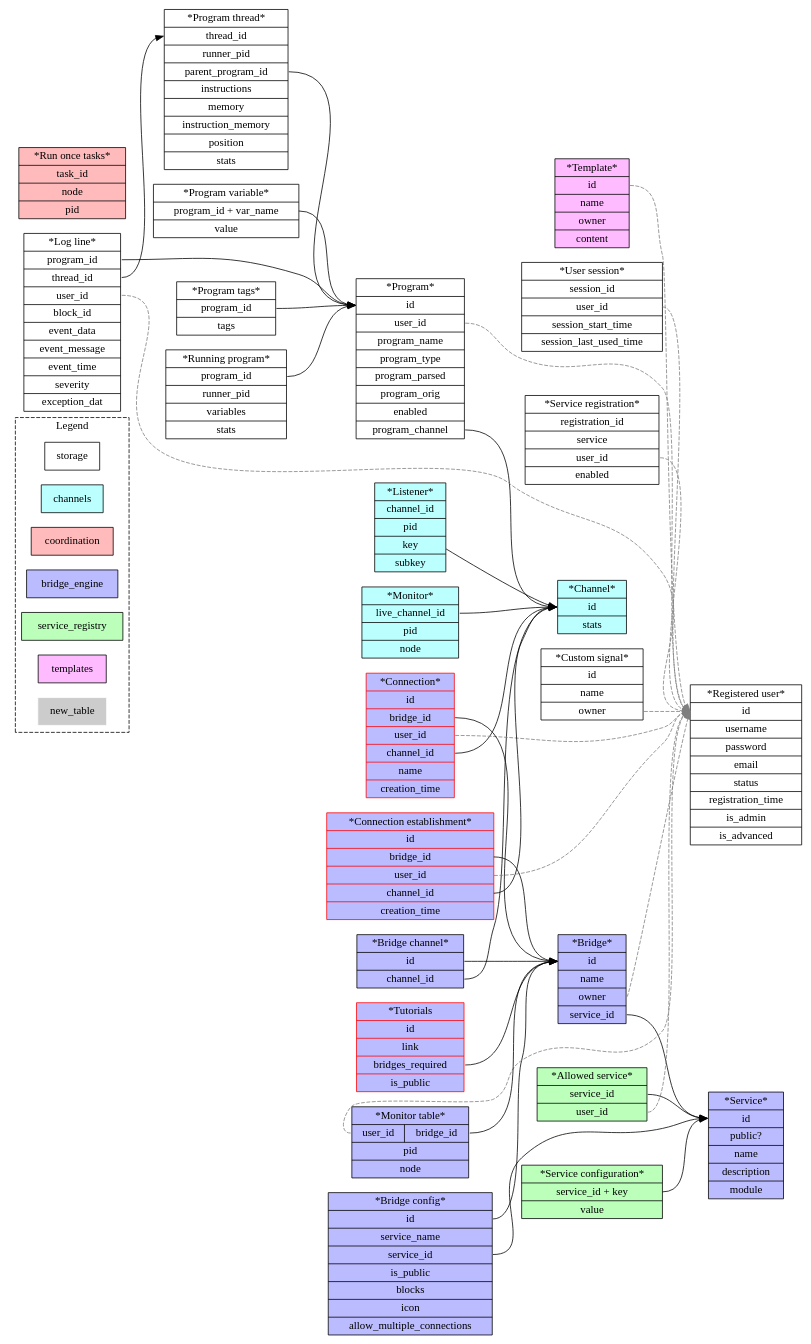
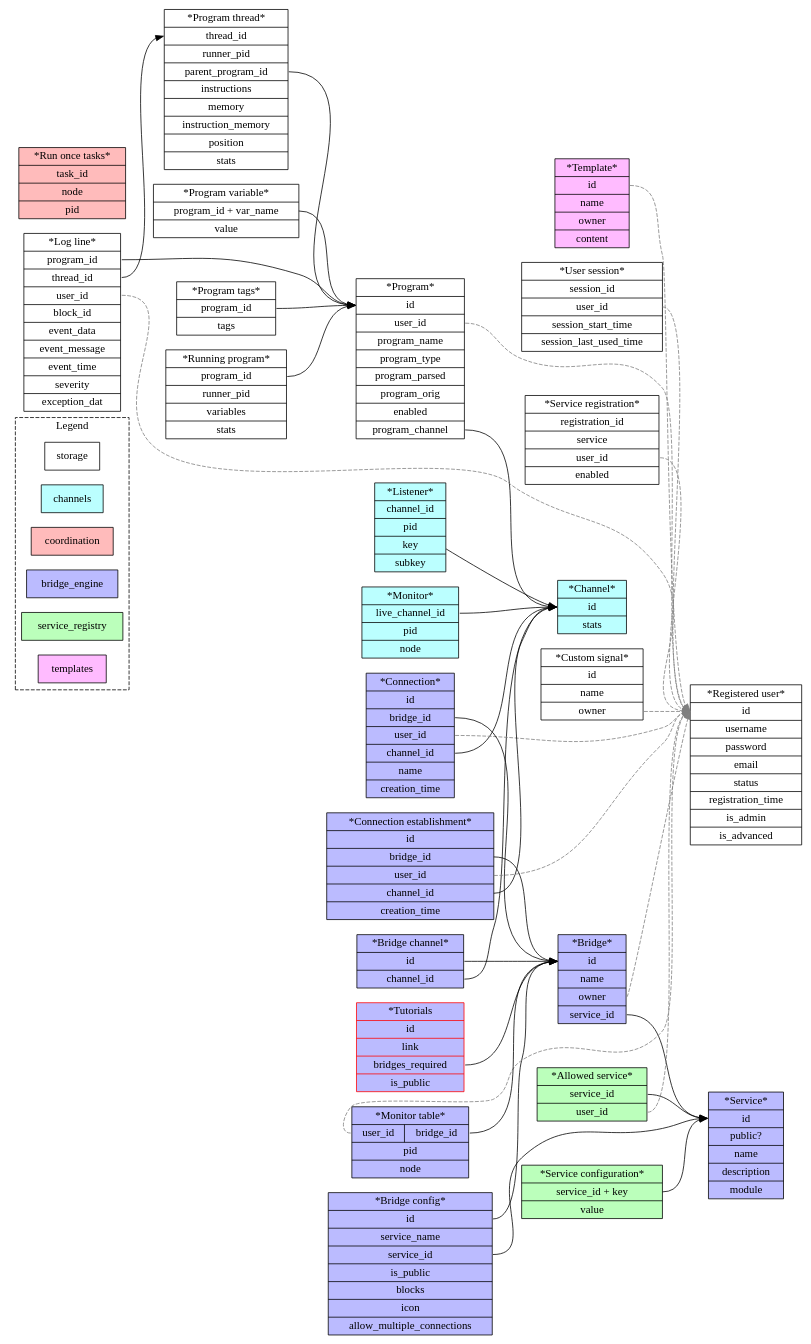
One commit to programaker-project/Programaker-Core changed the diagram in docs/diagrams/db-model.gv. Above: the diagram before and after it, drawn with Graphviz.

Commit message:
Update DB model.

```diff
--- a/docs/diagrams/db-model.gv
+++ b/docs/diagrams/db-model.gv
@@ -1,168 +1,164 @@
 digraph g {
   rankdir=LR
   node[shape=record];
   style=dashed;
 
   subgraph cluster_legend {
     label="Legend"
 
     storage;
     channels[style=filled,fillcolor="#bbffff"];
     coordination[style=filled,fillcolor="#ffbbbb"]
     bridge_engine[style=filled,fillcolor="#bbbbff"];
     service_registry[style=filled,fillcolor="#bbffbb"]
     templates[style=filled,fillcolor="#ffbbff"]
-
-    new_table[style=filled,fillcolor="#cccccc",color=white]
-    // modified_table[shape=octagon] // Not used
   }
 
 
   subgraph group_core_channels {
     label="Channels";
     node[style=filled,fillcolor="#bbffff"];
 
 
     // LIVE_CHANNELS_TABLE | automate_channel_engine_live_channels_table
     live_channels_table_entry[label="*Channel* | <pk> id | stats"];
 
     // LISTENERS_TABLE | automate_channel_engine_listeners_table
     listeners_table_entry[label="*Listener*| <f0> channel_id | pid | key | subkey"];
     listeners_table_entry -> live_channels_table_entry:pk;
 
     // MONITORS_TABLE | automate_channel_engine_monitors_table
     monitors_table_entry[label="*Monitor* | <f0> live_channel_id | pid | node"];
     monitors_table_entry:f0 -> live_channels_table_entry:pk;
   }
 
   subgraph group_core_storage {
     label="Storage";
 
     // REGISTERED_USERS_TABLE | automate_registered_users
     registered_user_entry[label="*Registered user* | <pk> id | username | password | email | status | registration_time | is_admin | is_advanced"];
 
     // USER_SESSIONS_TABLE | automate_user_sessions
     user_session_entry[label="*User session* | <pk> session_id | <f0> user_id | session_start_time | session_last_used_time"];
     user_session_entry:f0 -> registered_user_entry:pk[style=dashed,color="#7f7f7f"];
 
     // // USER_MONITORS_TABLE | automate_user_monitors
     // monitor_entry[label="*Monitor entry* | <pk> id | <f0> user_id | type | name | value"];
 
     // monitor_entry:f0 -> registered_user_entry:pk[style=dashed,color="#7f7f7f"];
 
     // USER_PROGRAMS_TABLE | automate_user_programs
     user_program_entry[label="*Program* | <pk> id | <f0> user_id | program_name | program_type | program_parsed | program_orig | enabled | <f1> program_channel"];
     user_program_entry:f0 -> registered_user_entry:pk[style=dashed,color="#7f7f7f"];
     user_program_entry:f1 -> live_channels_table_entry:pk;
 
     // USER_PROGRAMS_LOGS_TABLE | automate_user_program_logs
     user_program_logs_entry[label="*Log line* | <f0> program_id | <f1> thread_id | <f2> user_id | block_id | event_data | event_message | event_time | severity | exception_dat"];
     user_program_logs_entry:f0 -> user_program_entry:pk;
     user_program_logs_entry:f2 -> registered_user_entry:pk[style=dashed,color="#7f7f7f"];
 
     // PROGRAM_TAGS_TABLE | automate_program_tags
     program_tags_entry[label="*Program tags* | <f0> program_id | tags"];
     program_tags_entry:f0 -> user_program_entry:pk;
 
     // RUNNING_PROGRAMS_TABLE | automate_running_programs
     running_program_entry[label="*Running program*| <f0> program_id | runner_pid | variables | stats"];
     running_program_entry:f0 -> user_program_entry:pk;
 
     // RUNNING_THREADS_TABLE | automate_running_program_threads
     running_program_thread_entry[label="*Program thread* | <pk> thread_id | runner_pid | <f0> parent_program_id | instructions | memory | instruction_memory | position | stats"];
     user_program_logs_entry:f1 -> running_program_thread_entry:pk;
     running_program_thread_entry:f0 -> user_program_entry:pk;
 
     // REGISTERED_SERVICES_TABLE | automate_registered_services
     registered_service_entry[label="*Service registration* | <pk> registration_id | <f0> service |  <f1> user_id | enabled"];
     registered_service_entry:f1 -> registered_user_entry:pk[style=dashed,color="#7f7f7f"];
 
     // PROGRAM_VARIABLE_TABLE | automate_program_variable_table
     program_variable_table_entry[label="*Program variable* | <f0> program_id + var_name | value"];
     program_variable_table_entry:f0 -> user_program_entry:pk;  // Not sure if user program or running program
 
     // CUSTOM_SIGNALS_TABLE | automate_custom_signals_table
     custom_signal_entry[label="*Custom signal* | <pk> id | name | <f0> owner"];
     custom_signal_entry:f0 -> registered_user_entry:pk[style=dashed,color="#7f7f7f"];
   }
 
   subgraph group_coordination {
     label="Coordination";
     node[style=filled,fillcolor="#ffbbbb"];
 
     // RUN_ONCE_TASKS_TABLE | automate_coordination_run_once_tasks
     run_once_tasks_table_entry[label="*Run once tasks* | <pk> task_id | node | pid"]
   }
 
   subgraph group_bridges {
     label="Bridge engine";
 
     node[style=filled,fillcolor="#bbbbff"]
 
     // SERVICE_PORT_TABLE | automate_service_port_table
     service_port_entry[label="*Bridge* | <pk> id | name | <f0> owner | <f1> service_id"]
     service_port_entry:f0 -> registered_user_entry:pk[style=dashed,color="#7f7f7f"];
     service_port_entry:f1 -> services_table_entry:pk;
 
     // SERVICE_PORT_CONFIGURATION_TABLE | automate_service_port_configuration_table
     service_port_configuration[label="*Bridge config* | <pk> id | service_name | <f0> service_id | is_public | blocks | icon | allow_multiple_connections"]
     service_port_configuration:pk -> service_port_entry:pk;
     service_port_configuration:f0 -> services_table_entry:pk
 
 
     // SERVICE_PORT_CHANNEL_TABLE | automate_service_port_channel_table
     service_port_monitor_channel_entry[label="*Bridge channel* | <pk> id | <f0> channel_id"]
     service_port_monitor_channel_entry:pk -> service_port_entry:pk;
     service_port_monitor_channel_entry:f0 -> live_channels_table_entry:pk;
 
     // SERVICE_PORT_CHANNEL_MONITORS_TABLE | automate_service_port_channel_monitors_table
     channel_monitor_table_entry[label="*Monitor table* | {<f0> user_id|<f1> bridge_id} | pid | node"]
     channel_monitor_table_entry:f0 -> registered_user_entry:pk[style=dashed,color="#7f7f7f"];
     channel_monitor_table_entry:f1 -> service_port_entry:pk
 
 
-    connection_entry[color=red,
+    connection_entry[
                      label="*Connection* | <pk> id | <f0> bridge_id | <f1> user_id | <f2> channel_id | name | creation_time"]
     connection_entry:f0 -> service_port_entry:pk
     connection_entry:f1 -> registered_user_entry:pk[style=dashed,color="#7f7f7f"];
     connection_entry:f2 -> live_channels_table_entry:pk
     // Connection data might store data from the bridges
 
-    pending_connection_entry[color=red,
-                                   label="*Connection establishment* | <pk> id | <f0> bridge_id | <f1> user_id | <f2> channel_id | creation_time"]
+    pending_connection_entry[label="*Connection establishment* | <pk> id | <f0> bridge_id | <f1> user_id | <f2> channel_id | creation_time"]
     pending_connection_entry:f0 -> service_port_entry:pk
     pending_connection_entry:f1 -> registered_user_entry:pk[style=dashed,color="#7f7f7f"];
     pending_connection_entry:f2 -> live_channels_table_entry:pk
 
     tutorials[color=red,
               label="*Tutorials | <pk> id | link | <f0> bridges_required | is_public"]
     tutorials:f0 -> service_port_entry:pk
 
   }
 
   subgraph group_core_services {
     label="Service registry";
     node[style=filled,fillcolor="#bbffbb"]
 
     // SERVICE_REGISTRY_TABLE | automate_service_registry_services_table
     services_table_entry[label="*Service* | <pk> id | public? | name | description | module"];
 
     // USER_SERVICE_ALLOWANCE_TABLE | automate_service_registry_user_service_allowance_table
     user_service_allowance_entry[label="*Allowed service*| <f0> service_id | <f1> user_id"];
     user_service_allowance_entry:f0 -> services_table_entry:pk;
     user_service_allowance_entry:f1 -> registered_user_entry:pk[style=dashed,color="#7f7f7f"];
 
     // SERVICE_CONFIGURATION_TABLE | automate_service_registry_service_configuration_table
     service_configuration_entry[label="*Service configuration* | <pk> service_id + key | value "];
     service_configuration_entry:pk -> services_table_entry:pk;
   }
 
   subgraph group_core_template_engine {
     label="Template engine"
     node[style=filled,fillcolor="#ffbbff"]
 
     // TEMPLATE_TABLE | automate_template_engine_templates_table
     template_entry[label="*Template* | <pk> id | name | <f0> owner | content"]
     template_entry:pk -> registered_user_entry:pk[style=dashed,color="#7f7f7f"];
   }
 }
```
